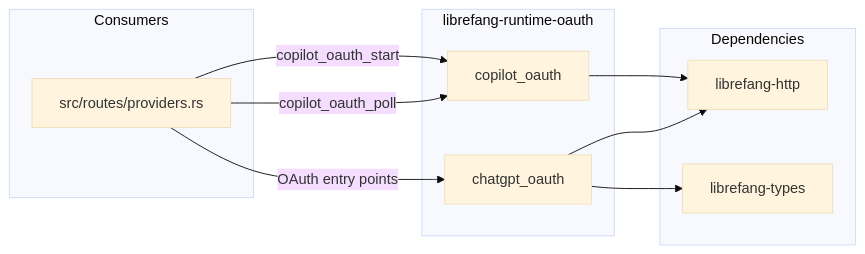
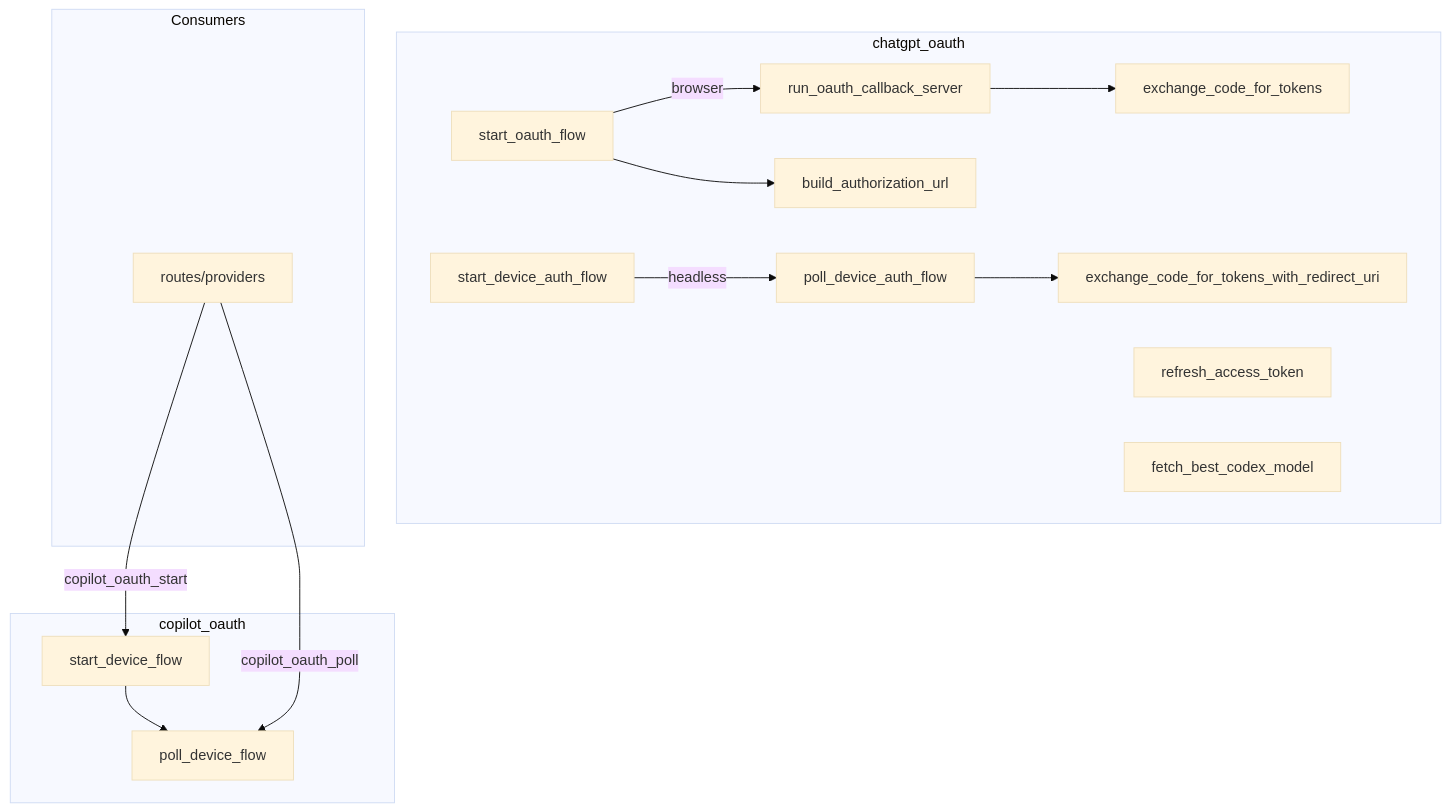
Before and after one commit to leszek3737/librefang-WIki: the diagram in agent-runtime-librefang-runtime-oauth-src.md, drawn with Mermaid (base theme). The commit also changed other lines of this file and 70 other files, not shown here.

````diff
--- a/agent-runtime-librefang-runtime-oauth-src.md
+++ b/agent-runtime-librefang-runtime-oauth-src.md
@@ -9,20 +18,20 @@
 ```mermaid
-graph LR
-    subgraph "librefang-runtime-oauth"
-        CG[chatgpt_oauth]
-        CO[copilot_oauth]
+graph TD
+    subgraph "chatgpt_oauth"
+        A[start_oauth_flow] -->|browser| B[run_oauth_callback_server]
+        A --> C[build_authorization_url]
+        B --> D[exchange_code_for_tokens]
+        E[start_device_auth_flow] -->|headless| F[poll_device_auth_flow]
+        F --> G[exchange_code_for_tokens_with_redirect_uri]
+        H[refresh_access_token]
+        I[fetch_best_codex_model]
+    end
+    subgraph "copilot_oauth"
+        J[start_device_flow] --> K[poll_device_flow]
     end
     subgraph "Consumers"
-        RP[src/routes/providers.rs]
+        L["routes/providers"]
     end
-    subgraph "Dependencies"
-        HTTP[librefang-http]
-        TYPES[librefang-types]
-    end
-    RP -->|copilot_oauth_start| CO
-    RP -->|copilot_oauth_poll| CO
-    RP -->|OAuth entry points| CG
-    CG --> HTTP
-    CG --> TYPES
-    CO --> HTTP
+    L -->|copilot_oauth_start| J
+    L -->|copilot_oauth_poll| K
 ```
````
